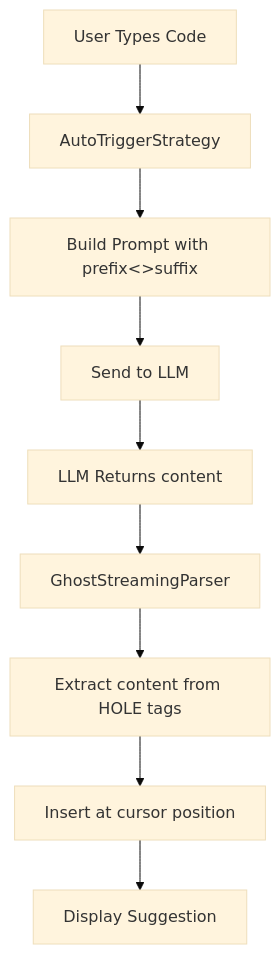
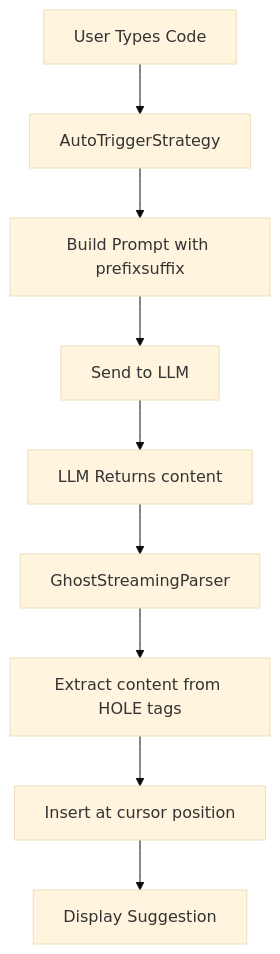
Before and after one commit to Kilo-Org/kilocode: the diagram in hole-filling-strategy-plan.md, drawn with Mermaid (base theme). The commit also changed other lines of this file and 4 other files, not shown here.

````diff
--- a/hole-filling-strategy-plan.md
+++ b/hole-filling-strategy-plan.md
@@ -14,11 +14,11 @@
 ```mermaid
 graph TD
     A[User Types Code] --> B[AutoTriggerStrategy]
-    B --> C[Build Prompt with prefix<<HOLE>>suffix]
+    B --> C[Build Prompt with prefix<HOLE></HOLE>suffix]
     C --> D[Send to LLM]
     D --> E[LLM Returns <HOLE>content</HOLE>]
     E --> F[GhostStreamingParser]
     F --> G[Extract content from HOLE tags]
     G --> H[Insert at cursor position]
     H --> I[Display Suggestion]
 ```
````
